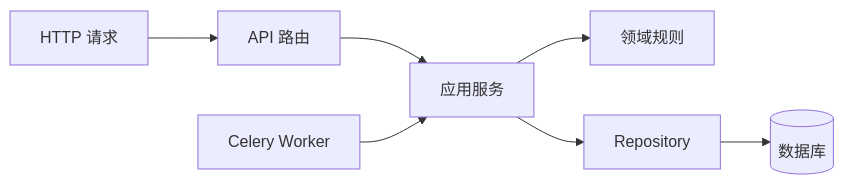
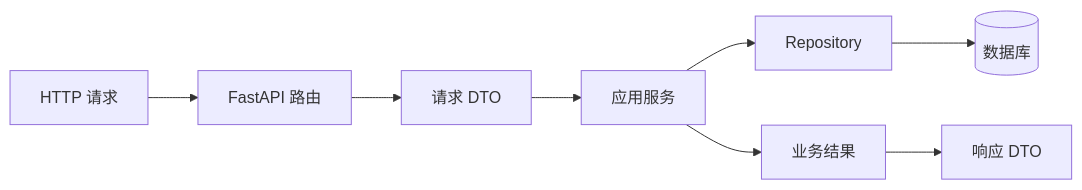
Before and after one commit to upJiang/jiang-blog-vitepress: the diagram in docs/backend/fastapi-layered-architecture.md, drawn with Mermaid. The commit also changed other lines of this file and 142 other files, not shown here.

````diff
--- a/docs/backend/fastapi-layered-architecture.md
+++ b/docs/backend/fastapi-layered-architecture.md
@@ -29,9 +27,10 @@
 ```mermaid
 flowchart LR
-  H[HTTP 请求] --> A[API 路由]
-  A --> S[应用服务]
-  S --> D[领域规则]
-  S --> R[Repository]
-  R --> DB[(数据库)]
-  W[Celery Worker] --> S
+  A[HTTP 请求] --> B[FastAPI 路由]
+  B --> C[请求 DTO]
+  C --> D[应用服务]
+  D --> E[Repository]
+  E --> F[(数据库)]
+  D --> G[业务结果]
+  G --> H[响应 DTO]
 ```
````
